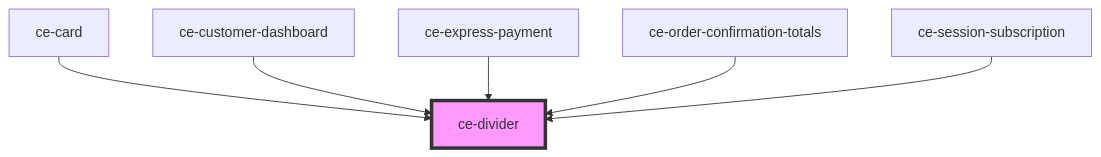
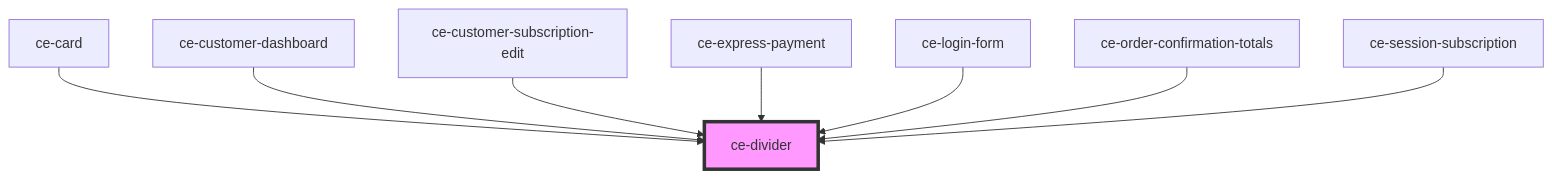
Before and after one commit to surecart/surecart-wp-plugin: the diagram in packages/components/src/components/ui/divider/readme.md, drawn with Mermaid. The commit also changed other lines of this file and 41 other files, not shown here.

````diff
--- a/packages/components/src/components/ui/divider/readme.md
+++ b/packages/components/src/components/ui/divider/readme.md
@@ -28,9 +30,11 @@
 ```mermaid
 graph TD;
   ce-card --> ce-divider
   ce-customer-dashboard --> ce-divider
+  ce-customer-subscription-edit --> ce-divider
   ce-express-payment --> ce-divider
+  ce-login-form --> ce-divider
   ce-order-confirmation-totals --> ce-divider
   ce-session-subscription --> ce-divider
   style ce-divider fill:#f9f,stroke:#333,stroke-width:4px
 ```
````
